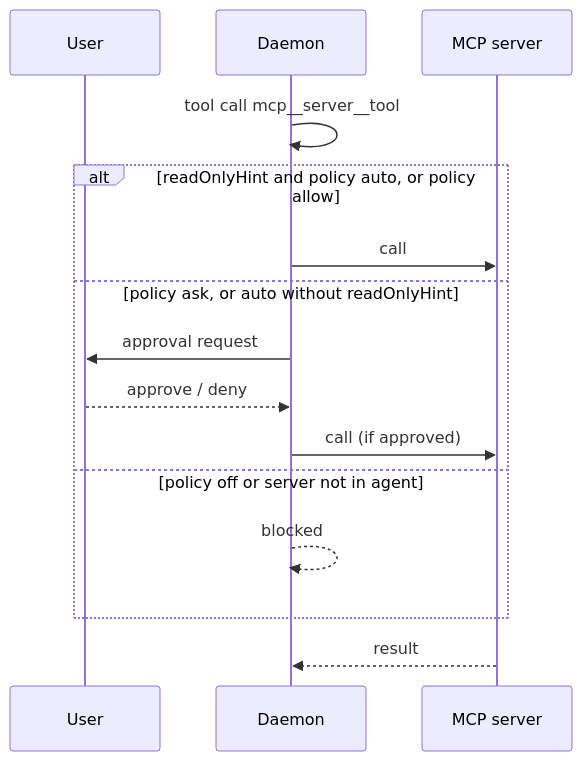
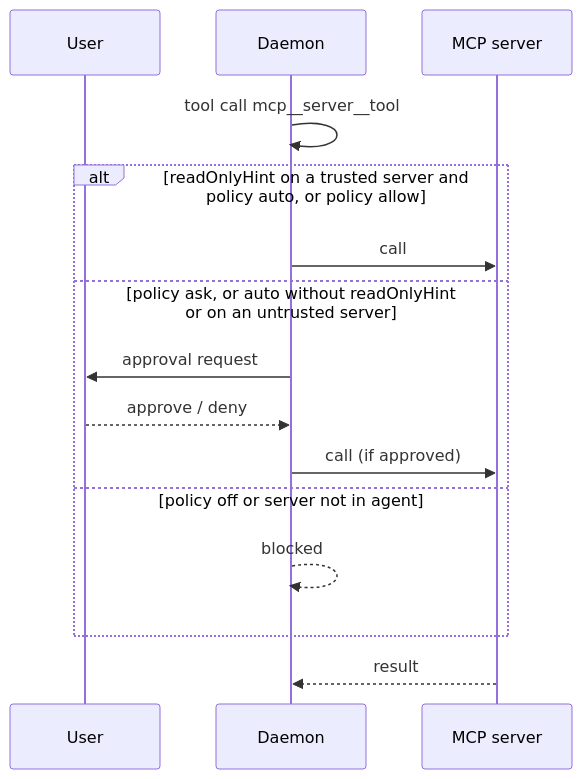
One commit to pp-techs/pp-agent changed the diagram in docs/project-pdr/use-case-business-systems-mcp.md. Above: the diagram before and after it, drawn with Mermaid. The commit also changed other lines of this file and 165 other files, not shown here.

````diff
--- a/docs/project-pdr/use-case-business-systems-mcp.md
+++ b/docs/project-pdr/use-case-business-systems-mcp.md
@@ -18,17 +19,17 @@
 ```mermaid
 sequenceDiagram
   participant U as User
   participant A as Daemon
   participant S as MCP server
   A->>A: tool call mcp__server__tool
-  alt readOnlyHint and policy auto, or policy allow
+  alt readOnlyHint on a trusted server and policy auto, or policy allow
     A->>S: call
-  else policy ask, or auto without readOnlyHint
+  else policy ask, or auto without readOnlyHint or on an untrusted server
     A->>U: approval request
     U-->>A: approve / deny
     A->>S: call (if approved)
   else policy off or server not in agent
     A-->>A: blocked
   end
   S-->>A: result
 ```
````
